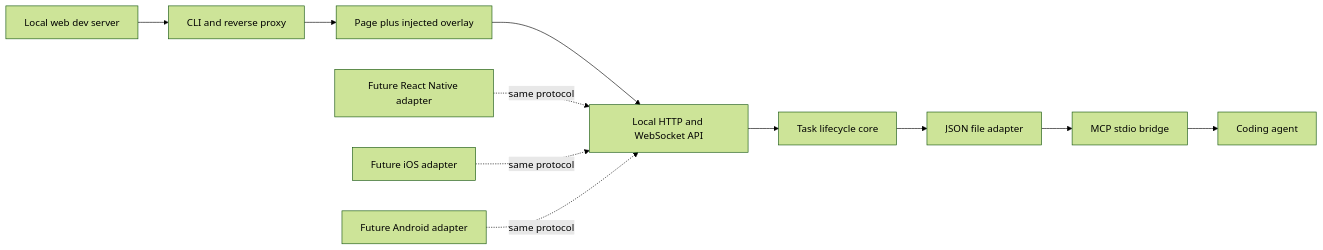
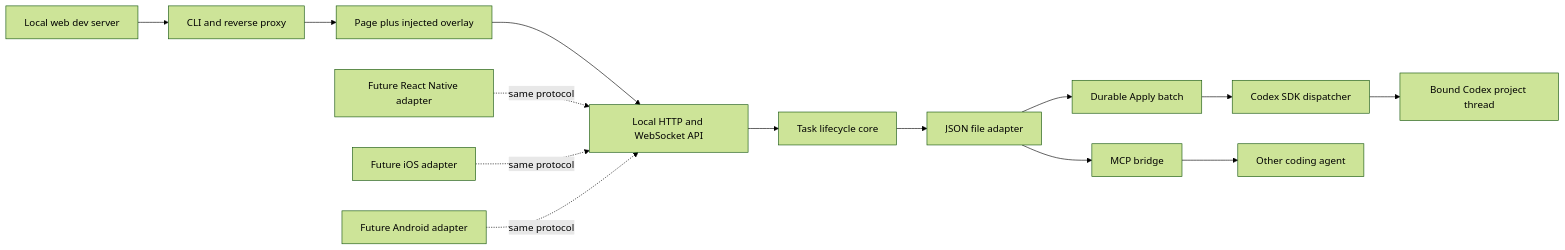
The first of 2 diagrams in docs/ARCHITECTURE.md (PRODactionPRO/visual-intent), drawn with Mermaid (forest theme) before and after one commit. The commit also changed other lines of this file and 31 other files, not shown here.

````diff
--- a/docs/ARCHITECTURE.md
+++ b/docs/ARCHITECTURE.md
@@ -7,14 +7,17 @@
 ```mermaid
 flowchart LR
   App["Local web dev server"] --> Proxy["CLI and reverse proxy"]
   Proxy --> Browser["Page plus injected overlay"]
   Browser --> API["Local HTTP and WebSocket API"]
   API --> Core["Task lifecycle core"]
   Core --> Store["JSON file adapter"]
-  Store --> MCP["MCP stdio bridge"]
-  MCP --> Agent["Coding agent"]
+  Store --> Batch["Durable Apply batch"]
+  Batch --> Dispatcher["Codex SDK dispatcher"]
+  Dispatcher --> Thread["Bound Codex project thread"]
+  Store --> MCP["MCP bridge"]
+  MCP --> Agent["Other coding agent"]
 
   RN["Future React Native adapter"] -. "same protocol" .-> API
   IOS["Future iOS adapter"] -. "same protocol" .-> API
   Android["Future Android adapter"] -. "same protocol" .-> API
 ```
````
